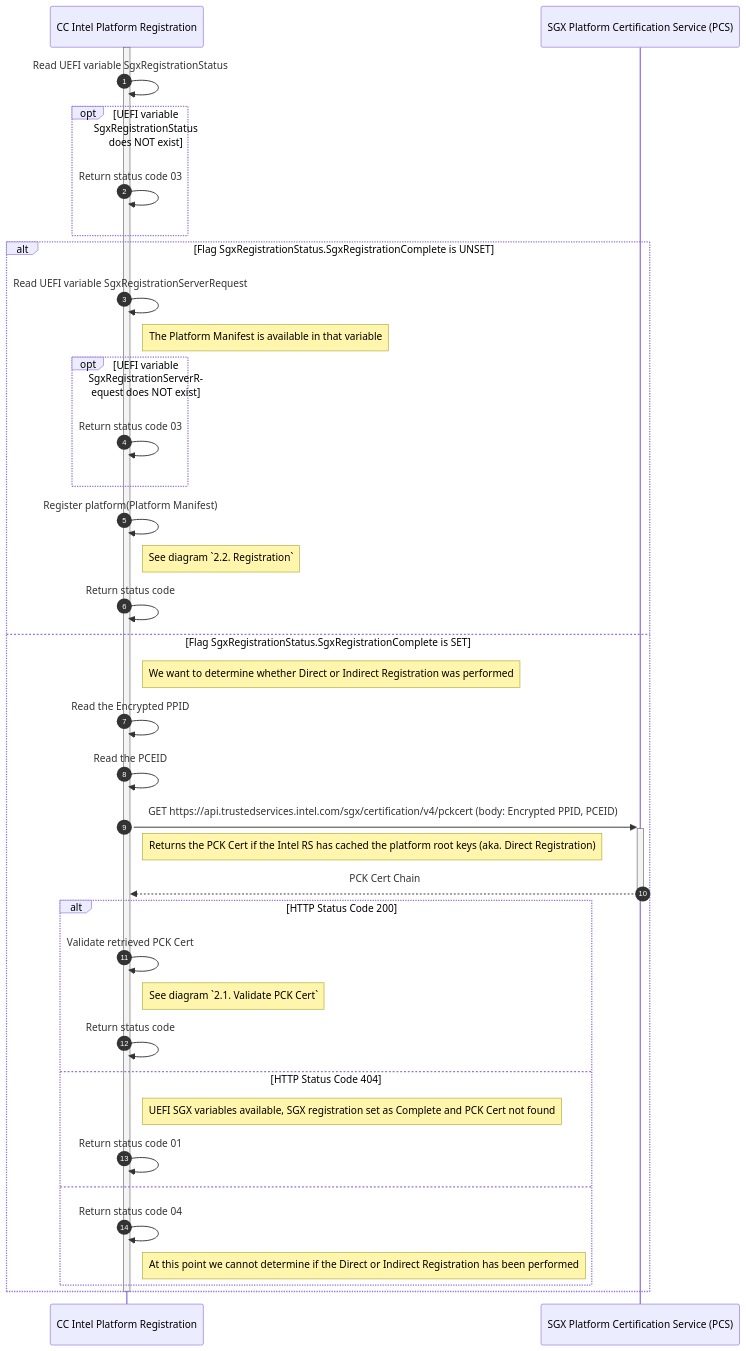
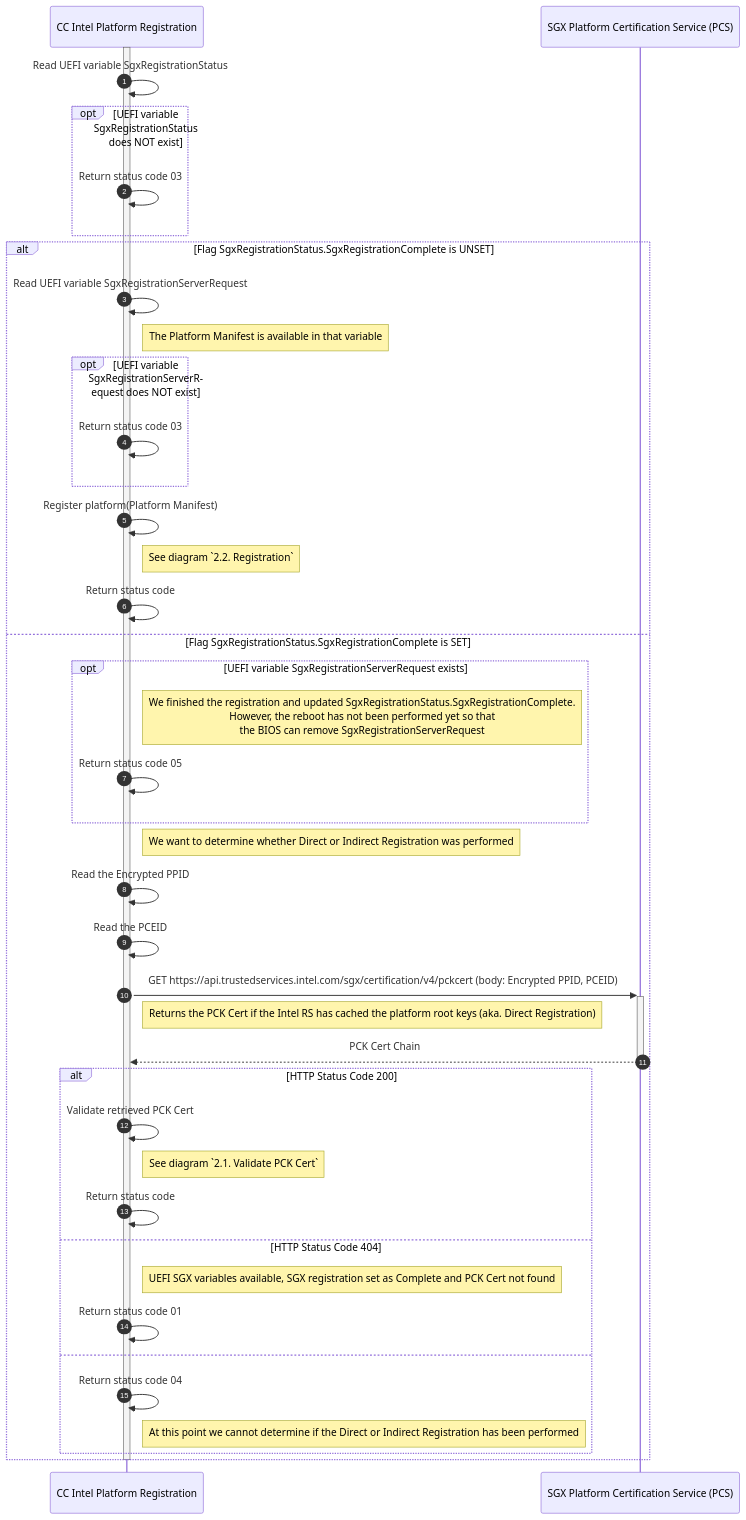
The second of 4 diagrams in docs/sequence_diagrams/registration.md (opensovereigncloud/cc-intel-platform-registration), drawn with Mermaid before and after one commit.

Commit message:
consistent reboot status code

````diff
--- a/docs/sequence_diagrams/registration.md
+++ b/docs/sequence_diagrams/registration.md
@@ -82,54 +82,59 @@
 ```mermaid
 sequenceDiagram
     participant cc_ipr as CC Intel Platform Registration
     participant pcs as SGX Platform Certification Service (PCS)
 
     autonumber
 
     activate cc_ipr
 
     cc_ipr->>cc_ipr: Read UEFI variable SgxRegistrationStatus
 
     opt UEFI variable SgxRegistrationStatus does NOT exist
         cc_ipr->>cc_ipr: Return status code 03
     end
 
     alt Flag SgxRegistrationStatus.SgxRegistrationComplete is UNSET 
         cc_ipr->>cc_ipr: Read UEFI variable SgxRegistrationServerRequest
         note right of cc_ipr: The Platform Manifest is available in that variable
 
         opt UEFI variable SgxRegistrationServerRequest does NOT exist
             cc_ipr->>cc_ipr: Return status code 03
         end
 
         cc_ipr->>cc_ipr: Register platform(Platform Manifest)
         note right of cc_ipr: See diagram `2.2. Registration`
 
         cc_ipr->>cc_ipr: Return status code
 
     else Flag SgxRegistrationStatus.SgxRegistrationComplete is SET
+        opt UEFI variable SgxRegistrationServerRequest exists
+            note right of cc_ipr: We finished the registration and updated SgxRegistrationStatus.SgxRegistrationComplete.<br> However, the reboot has not been performed yet so that<br> the BIOS can remove SgxRegistrationServerRequest
+            cc_ipr->>cc_ipr: Return status code 05
+        end
+
         note right of cc_ipr: We want to determine whether Direct or Indirect Registration was performed
         cc_ipr->>cc_ipr: Read the Encrypted PPID
 
         cc_ipr->>cc_ipr: Read the PCEID
 
         cc_ipr->>+pcs: GET https://api.trustedservices.intel.com/sgx/certification/v4/pckcert (body: Encrypted PPID, PCEID)
             note right of cc_ipr: Returns the PCK Cert if the Intel RS has cached the platform root keys (aka. Direct Registration)
         pcs-->>-cc_ipr: PCK Cert Chain
 
         alt HTTP Status Code 200
             cc_ipr->>cc_ipr: Validate retrieved PCK Cert
             note right of cc_ipr: See diagram `2.1. Validate PCK Cert`
 
             cc_ipr->>cc_ipr: Return status code
         else HTTP Status Code 404
             note right of cc_ipr: UEFI SGX variables available, SGX registration set as Complete and PCK Cert not found
             cc_ipr->>cc_ipr: Return status code 01
         else
             cc_ipr->>cc_ipr: Return status code 04
             note right of cc_ipr: At this point we cannot determine if the Direct or Indirect Registration has been performed
         end     
     end
 
     deactivate cc_ipr
 ```
````
